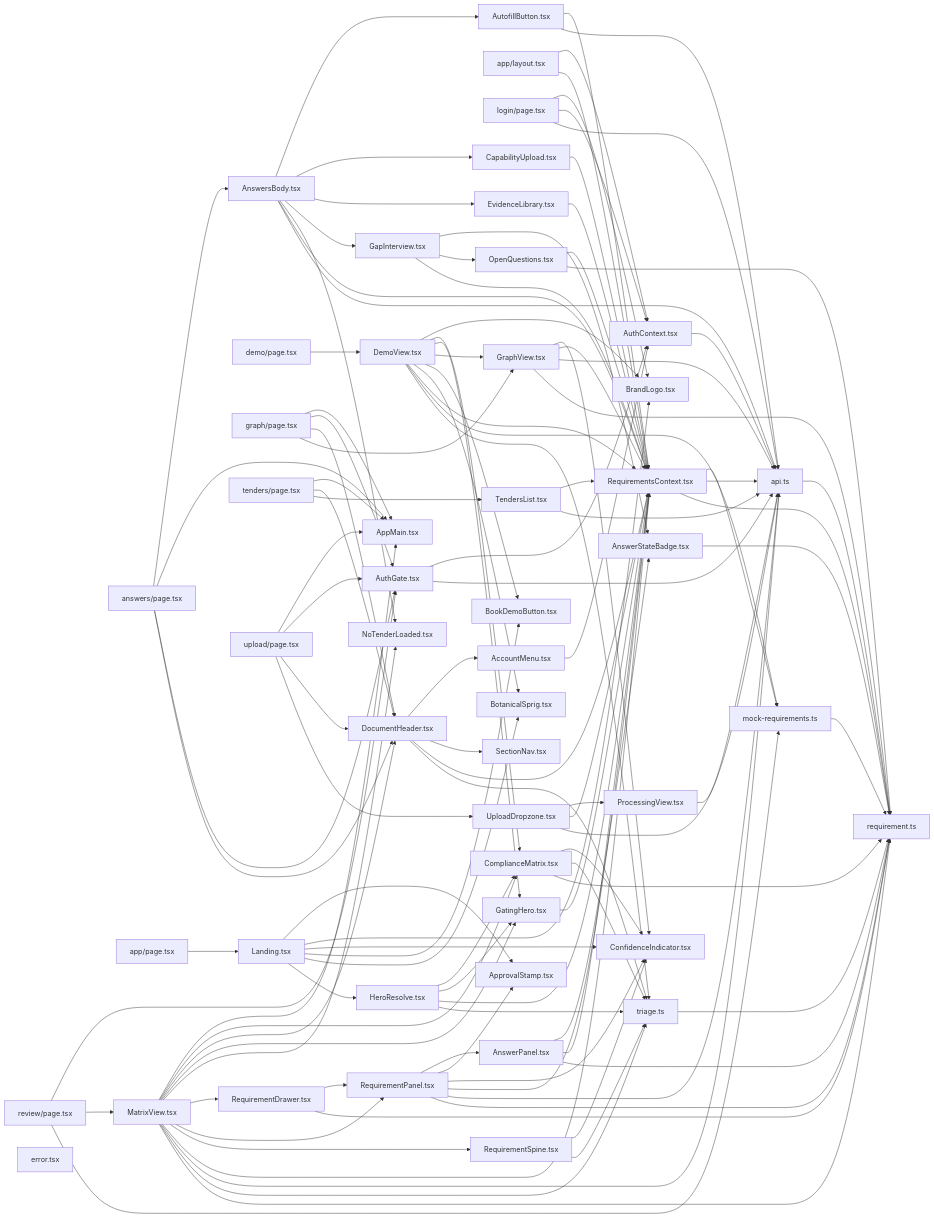
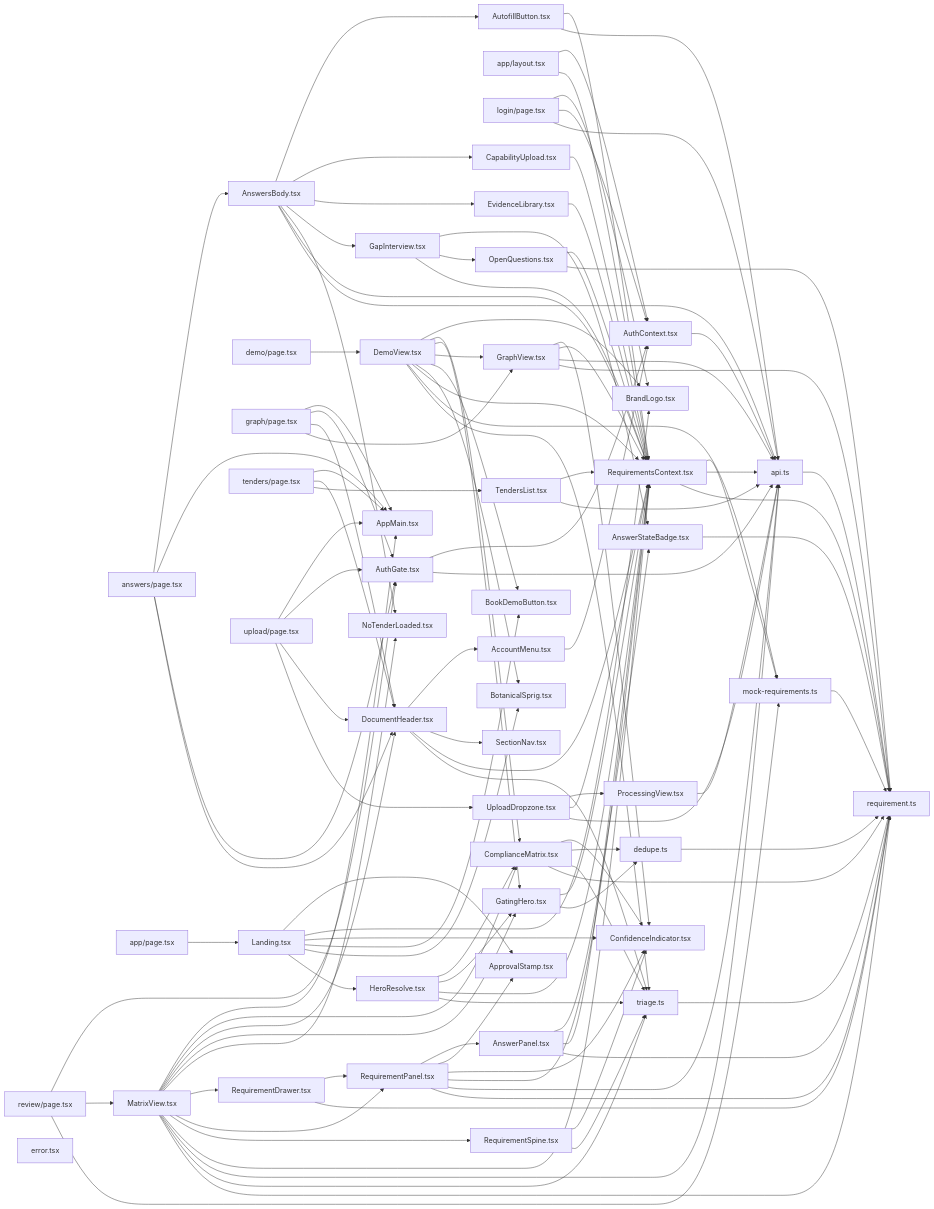
One commit to Welddevelopment/Tender_Breakdown_AI-Agent changed the second of 3 diagrams in CODEMAP.md. Above: the diagram before and after it, drawn with Mermaid. The commit also changed other lines of this file and 1 other file, not shown here.

Commit message:
chore(codemap): refresh map [skip ci]

````diff
--- a/CODEMAP.md
+++ b/CODEMAP.md
@@ -85,26 +85,28 @@
   n28[AutofillButton.tsx] --> n14[api.ts]
   n29[CapabilityUpload.tsx] --> n11[RequirementsContext.tsx]
   n33[ComplianceMatrix.tsx] --> n34[ConfidenceIndicator.tsx]
-  n33[ComplianceMatrix.tsx] --> n35[triage.ts]
+  n33[ComplianceMatrix.tsx] --> n35[dedupe.ts]
+  n33[ComplianceMatrix.tsx] --> n36[triage.ts]
   n33[ComplianceMatrix.tsx] --> n27[requirement.ts]
   n6[DemoView.tsx] --> n13[BrandLogo.tsx]
   n6[DemoView.tsx] --> n33[ComplianceMatrix.tsx]
-  n6[DemoView.tsx] --> n36[GatingHero.tsx]
+  n6[DemoView.tsx] --> n37[GatingHero.tsx]
   n6[DemoView.tsx] --> n8[GraphView.tsx]
-  n6[DemoView.tsx] --> n37[BookDemoButton.tsx]
-  n6[DemoView.tsx] --> n38[BotanicalSprig.tsx]
+  n6[DemoView.tsx] --> n38[BookDemoButton.tsx]
+  n6[DemoView.tsx] --> n39[BotanicalSprig.tsx]
   n6[DemoView.tsx] --> n11[RequirementsContext.tsx]
   n6[DemoView.tsx] --> n19[mock-requirements.ts]
-  n6[DemoView.tsx] --> n35[triage.ts]
+  n6[DemoView.tsx] --> n36[triage.ts]
   n4[DocumentHeader.tsx] --> n24[AccountMenu.tsx]
-  n4[DocumentHeader.tsx] --> n39[SectionNav.tsx]
+  n4[DocumentHeader.tsx] --> n40[SectionNav.tsx]
   n4[DocumentHeader.tsx] --> n11[RequirementsContext.tsx]
-  n4[DocumentHeader.tsx] --> n35[triage.ts]
+  n4[DocumentHeader.tsx] --> n36[triage.ts]
   n30[EvidenceLibrary.tsx] --> n11[RequirementsContext.tsx]
   n31[GapInterview.tsx] --> n26[AnswerStateBadge.tsx]
-  n31[GapInterview.tsx] --> n40[OpenQuestions.tsx]
+  n31[GapInterview.tsx] --> n41[OpenQuestions.tsx]
   n31[GapInterview.tsx] --> n11[RequirementsContext.tsx]
-  n36[GatingHero.tsx] --> n11[RequirementsContext.tsx]
+  n37[GatingHero.tsx] --> n11[RequirementsContext.tsx]
+  n37[GatingHero.tsx] --> n35[dedupe.ts]
   n8[GraphView.tsx] --> n34[ConfidenceIndicator.tsx]
   n8[GraphView.tsx] --> n11[RequirementsContext.tsx]
   n8[GraphView.tsx] --> n14[api.ts]
@@ -112,49 +114,50 @@
   n18[MatrixView.tsx] --> n2[AppMain.tsx]
   n18[MatrixView.tsx] --> n33[ComplianceMatrix.tsx]
   n18[MatrixView.tsx] --> n4[DocumentHeader.tsx]
-  n18[MatrixView.tsx] --> n36[GatingHero.tsx]
+  n18[MatrixView.tsx] --> n37[GatingHero.tsx]
   n18[MatrixView.tsx] --> n32[NoTenderLoaded.tsx]
-  n18[MatrixView.tsx] --> n41[RequirementDrawer.tsx]
-  n18[MatrixView.tsx] --> n42[RequirementPanel.tsx]
-  n18[MatrixView.tsx] --> n43[RequirementSpine.tsx]
+  n18[MatrixView.tsx] --> n42[RequirementDrawer.tsx]
+  n18[MatrixView.tsx] --> n43[RequirementPanel.tsx]
+  n18[MatrixView.tsx] --> n44[RequirementSpine.tsx]
   n18[MatrixView.tsx] --> n11[RequirementsContext.tsx]
   n18[MatrixView.tsx] --> n14[api.ts]
-  n18[MatrixView.tsx] --> n35[triage.ts]
+  n18[MatrixView.tsx] --> n36[triage.ts]
   n18[MatrixView.tsx] --> n27[requirement.ts]
-  n40[OpenQuestions.tsx] --> n11[RequirementsContext.tsx]
-  n40[OpenQuestions.tsx] --> n27[requirement.ts]
-  n44[ProcessingView.tsx] --> n14[api.ts]
-  n41[RequirementDrawer.tsx] --> n42[RequirementPanel.tsx]
-  n41[RequirementDrawer.tsx] --> n27[requirement.ts]
-  n42[RequirementPanel.tsx] --> n25[AnswerPanel.tsx]
-  n42[RequirementPanel.tsx] --> n45[ApprovalStamp.tsx]
-  n42[RequirementPanel.tsx] --> n34[ConfidenceIndicator.tsx]
-  n42[RequirementPanel.tsx] --> n11[RequirementsContext.tsx]
-  n42[RequirementPanel.tsx] --> n14[api.ts]
-  n42[RequirementPanel.tsx] --> n27[requirement.ts]
-  n43[RequirementSpine.tsx] --> n34[ConfidenceIndicator.tsx]
-  n43[RequirementSpine.tsx] --> n35[triage.ts]
+  n41[OpenQuestions.tsx] --> n11[RequirementsContext.tsx]
+  n41[OpenQuestions.tsx] --> n27[requirement.ts]
+  n45[ProcessingView.tsx] --> n14[api.ts]
+  n42[RequirementDrawer.tsx] --> n43[RequirementPanel.tsx]
+  n42[RequirementDrawer.tsx] --> n27[requirement.ts]
+  n43[RequirementPanel.tsx] --> n25[AnswerPanel.tsx]
+  n43[RequirementPanel.tsx] --> n46[ApprovalStamp.tsx]
+  n43[RequirementPanel.tsx] --> n34[ConfidenceIndicator.tsx]
+  n43[RequirementPanel.tsx] --> n11[RequirementsContext.tsx]
+  n43[RequirementPanel.tsx] --> n14[api.ts]
+  n43[RequirementPanel.tsx] --> n27[requirement.ts]
+  n44[RequirementSpine.tsx] --> n34[ConfidenceIndicator.tsx]
+  n44[RequirementSpine.tsx] --> n36[triage.ts]
   n21[TendersList.tsx] --> n11[RequirementsContext.tsx]
   n21[TendersList.tsx] --> n14[api.ts]
-  n23[UploadDropzone.tsx] --> n44[ProcessingView.tsx]
+  n23[UploadDropzone.tsx] --> n45[ProcessingView.tsx]
   n23[UploadDropzone.tsx] --> n11[RequirementsContext.tsx]
   n23[UploadDropzone.tsx] --> n14[api.ts]
-  n46[HeroResolve.tsx] --> n33[ComplianceMatrix.tsx]
-  n46[HeroResolve.tsx] --> n36[GatingHero.tsx]
-  n46[HeroResolve.tsx] --> n11[RequirementsContext.tsx]
-  n46[HeroResolve.tsx] --> n35[triage.ts]
-  n16[Landing.tsx] --> n45[ApprovalStamp.tsx]
+  n47[HeroResolve.tsx] --> n33[ComplianceMatrix.tsx]
+  n47[HeroResolve.tsx] --> n37[GatingHero.tsx]
+  n47[HeroResolve.tsx] --> n11[RequirementsContext.tsx]
+  n47[HeroResolve.tsx] --> n36[triage.ts]
+  n16[Landing.tsx] --> n46[ApprovalStamp.tsx]
   n16[Landing.tsx] --> n13[BrandLogo.tsx]
   n16[Landing.tsx] --> n34[ConfidenceIndicator.tsx]
-  n16[Landing.tsx] --> n37[BookDemoButton.tsx]
-  n16[Landing.tsx] --> n38[BotanicalSprig.tsx]
-  n16[Landing.tsx] --> n46[HeroResolve.tsx]
+  n16[Landing.tsx] --> n38[BookDemoButton.tsx]
+  n16[Landing.tsx] --> n39[BotanicalSprig.tsx]
+  n16[Landing.tsx] --> n47[HeroResolve.tsx]
   n10[AuthContext.tsx] --> n14[api.ts]
   n11[RequirementsContext.tsx] --> n19[mock-requirements.ts]
   n11[RequirementsContext.tsx] --> n14[api.ts]
   n11[RequirementsContext.tsx] --> n27[requirement.ts]
   n19[mock-requirements.ts] --> n27[requirement.ts]
   n14[api.ts] --> n27[requirement.ts]
-  n35[triage.ts] --> n27[requirement.ts]
-  n47[error.tsx]
+  n35[dedupe.ts] --> n27[requirement.ts]
+  n36[triage.ts] --> n27[requirement.ts]
+  n48[error.tsx]
 ```
````
